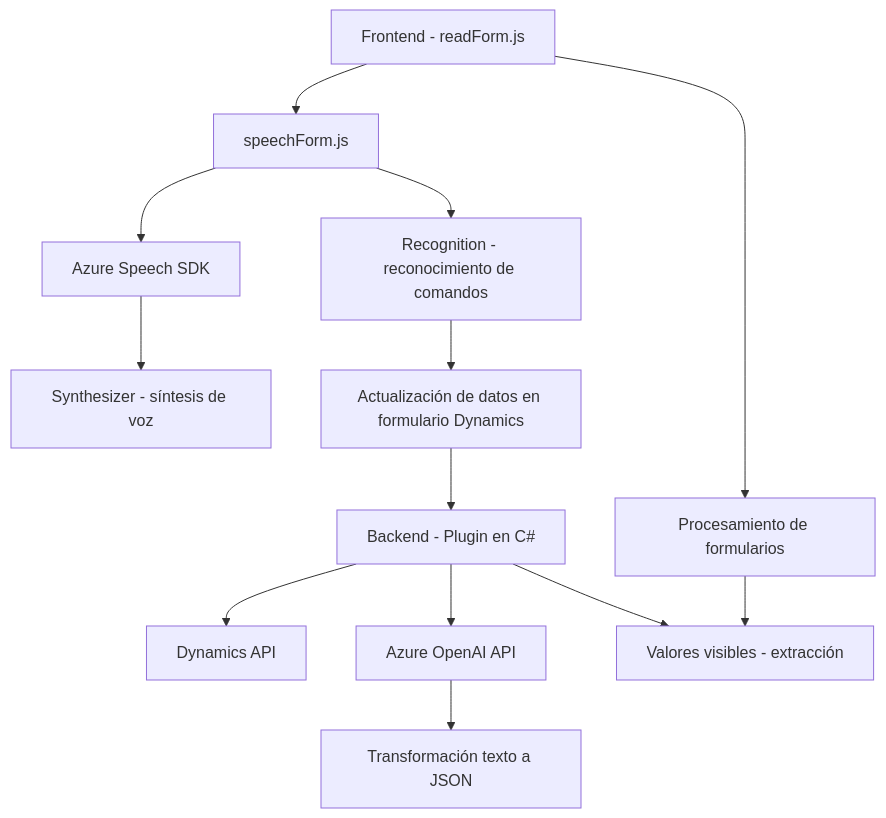
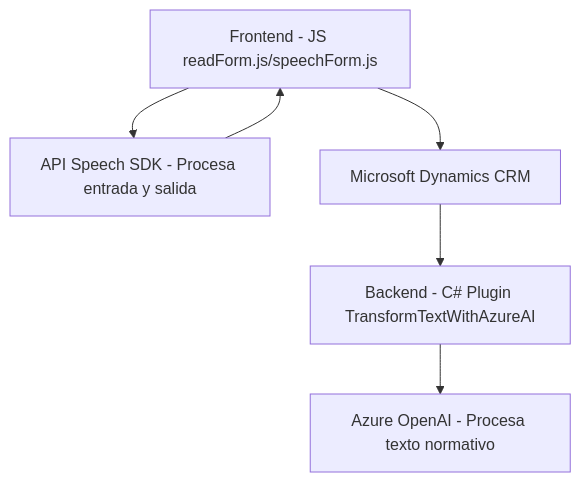
The diagram in README.md (blopezdm/NETCORE_BILBAO2025), drawn with Mermaid before and after one commit. The commit also changed other lines of this file, not shown here.

````diff
--- a/README.md
+++ b/README.md
@@ -32,15 +48,14 @@
 ```mermaid
 graph TD
-    A["Frontend - readForm.js"] --> B["speechForm.js"]
-    B --> C["Azure Speech SDK"]
-    C --> D["Synthesizer - síntesis de voz"]
-    B --> E["Recognition - reconocimiento de comandos"]
-    A --> F["Procesamiento de formularios"]
-    F --> G["Valores visibles - extracción"]
-    E --> H["Actualización de datos en formulario Dynamics"]
-    H --> I["Backend - Plugin en C#"]
-    I --> J["Dynamics API"]
-    I --> K["Azure OpenAI API"]
-    K --> L["Transformación texto a JSON"]
-    I --> G
+A[Frontend - JS readForm.js/speechForm.js]
+B[Backend - C# Plugin TransformTextWithAzureAI]
+C[API Speech SDK - Procesa entrada y salida]
+D[Azure OpenAI - Procesa texto normativo]
+E[Microsoft Dynamics CRM]
+
+A --> E
+E --> B
+B --> D
+A --> C
+C --> A
 ```
````
